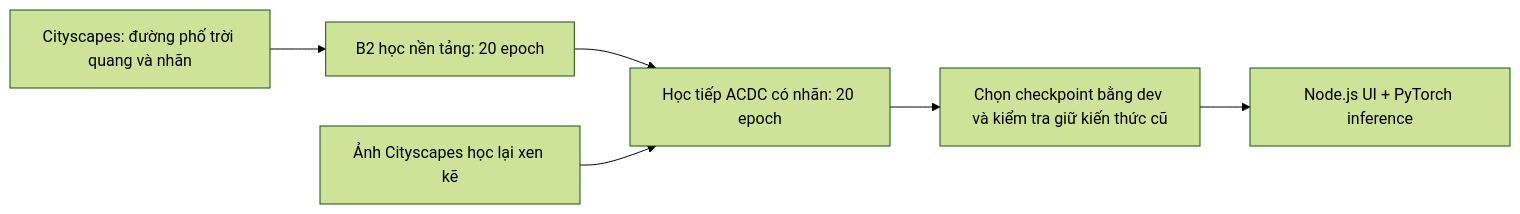
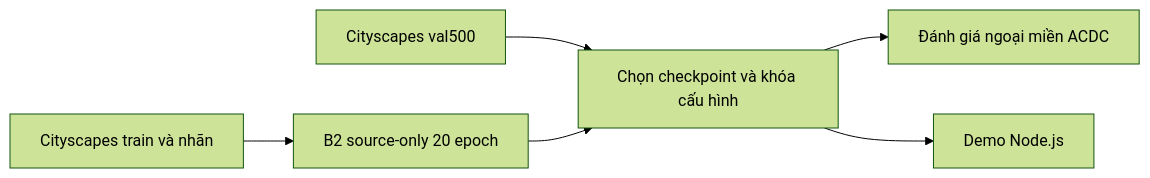
Before and after one commit to MinhToan1001/adverse-weather-segmentation: the diagram in README.md, drawn with Mermaid (forest theme). The commit also changed other lines of this file and 34 other files, not shown here.

Commit message:
fix: restore source-only DG protocol and quarantine supervised workflows

````diff
--- a/README.md
+++ b/README.md
@@ -17,8 +19,8 @@
 ```mermaid
 flowchart LR
-    C[Cityscapes: đường phố trời quang và nhãn] --> S[B2 học nền tảng: 20 epoch]
-    S --> A[Học tiếp ACDC có nhãn: 20 epoch]
-    R[Ảnh Cityscapes học lại xen kẽ] --> A
-    A --> E[Chọn checkpoint bằng dev và kiểm tra giữ kiến thức cũ]
-    E --> W[Node.js UI + PyTorch inference]
+    C[Cityscapes train và nhãn] --> T[B2 source-only 20 epoch]
+    V[Cityscapes val500] --> S[Chọn checkpoint và khóa cấu hình]
+    T --> S
+    S --> E[Đánh giá ngoại miền ACDC]
+    S --> D[Demo Node.js]
 ```
````
